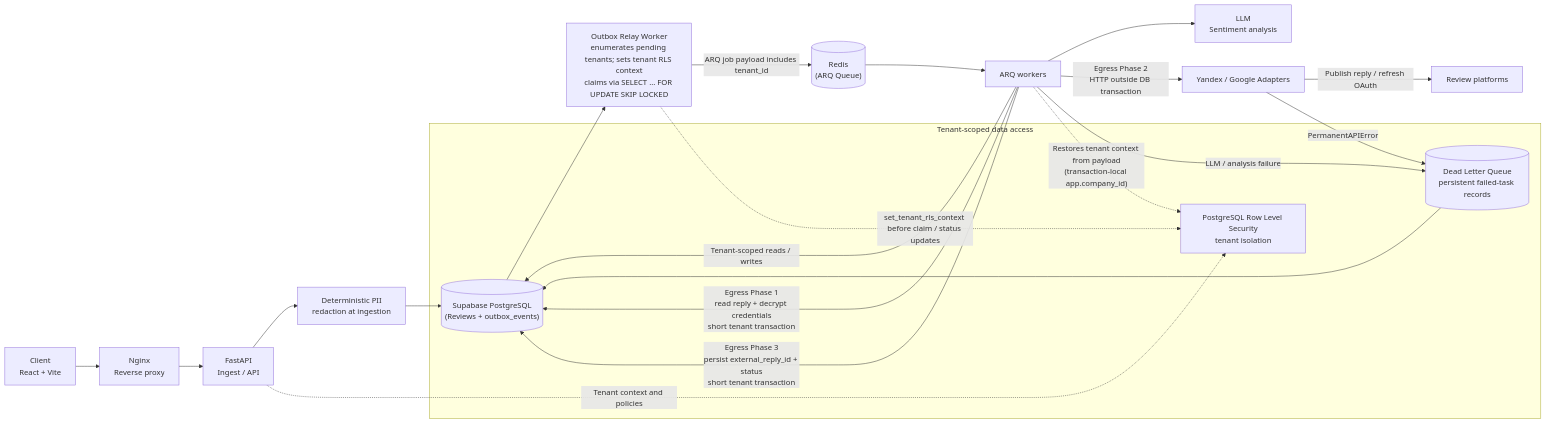
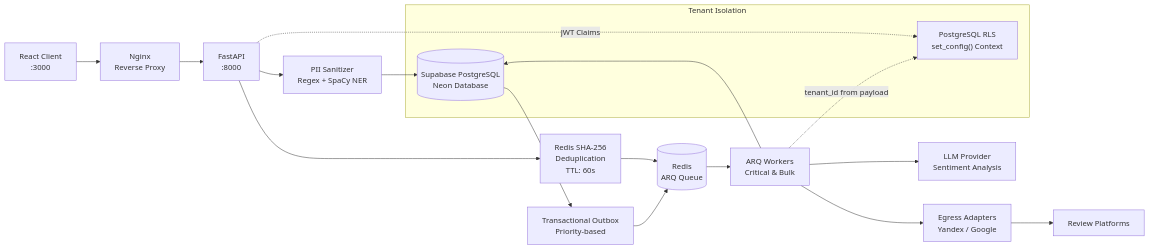
Before and after one commit to melaven/enterprise-serm-platform: the diagram in README.md, drawn with Mermaid. The commit also changed other lines of this file and 33 other files, not shown here.

````diff
--- a/README.md
+++ b/README.md
@@ -53,31 +69,29 @@
 ```mermaid
 flowchart LR
-    Client["Client<br/>React + Vite"] --> Nginx["Nginx<br/>Reverse proxy"]
-    Nginx --> API["FastAPI<br/>Ingest / API"]
+    Client["React Client<br/>:3000"] --> Nginx["Nginx<br/>Reverse Proxy"]
+    Nginx --> API["FastAPI<br/>:8000"]
 
-    API --> Sanitize["Deterministic PII<br/>redaction at ingestion"]
-    Sanitize --> DB[("Supabase PostgreSQL<br/>(Reviews + outbox_events)")]
-    DB --> Relay["Outbox Relay Worker<br/>enumerates pending tenants; sets tenant RLS context<br/>claims via SELECT ... FOR UPDATE SKIP LOCKED"]
-    Relay -->|ARQ job payload includes tenant_id| Redis[("Redis<br/>(ARQ Queue)")]
-    Redis --> Worker["ARQ workers"]
+    API --> Sanitize["PII Sanitizer<br/>Regex + SpaCy NER"]
+    Sanitize --> DB[("Supabase PostgreSQL<br/>Neon Database")]
 
-    Worker --> LLM["LLM<br/>Sentiment analysis"]
-    Worker -->|Tenant-scoped reads / writes| DB
-    Worker -->|LLM / analysis failure| DLQ[("Dead Letter Queue<br/>persistent failed-task records")]
-    DLQ --> DB
-    Worker -->|Egress Phase 1<br/>read reply + decrypt credentials<br/>short tenant transaction| DB
-    Worker -->|Egress Phase 2<br/>HTTP outside DB transaction| Adapters["Yandex / Google Adapters"]
-    Adapters -->|Publish reply / refresh OAuth| Platforms["Review platforms"]
-    Adapters -->|PermanentAPIError| DLQ
-    Worker -->|Egress Phase 3<br/>persist external_reply_id + status<br/>short tenant transaction| DB
+    API --> Idempotency["Redis SHA-256<br/>Deduplication<br/>TTL: 60s"]
+    Idempotency --> Redis[("Redis<br/>ARQ Queue")]
 
-    subgraph TenantBoundary["Tenant-scoped data access"]
+    DB --> Outbox["Transactional Outbox<br/>Priority-based"]
+    Outbox --> Redis
+
+    Redis --> Worker["ARQ Workers<br/>Critical & Bulk"]
+    Worker --> LLM["LLM Provider<br/>Sentiment Analysis"]
+    Worker --> DB
+
+    Worker --> Egress["Egress Adapters<br/>Yandex / Google"]
+    Egress --> Platforms["Review Platforms"]
+
+    subgraph TenantBoundary["Tenant Isolation"]
         DB
-        DLQ
-        RLS["PostgreSQL Row Level Security<br/>tenant isolation"]
+        RLS["PostgreSQL RLS<br/>set_config() Context"]
     end
 
-    API -. "Tenant context and policies" .-> RLS
-    Relay -. "set_tenant_rls_context before claim / status updates" .-> RLS
-    Worker -. "Restores tenant context from payload<br/>(transaction-local app.company_id)" .-> RLS
+    API -. "JWT Claims" .-> RLS
+    Worker -. "tenant_id from payload" .-> RLS
 ```
````
